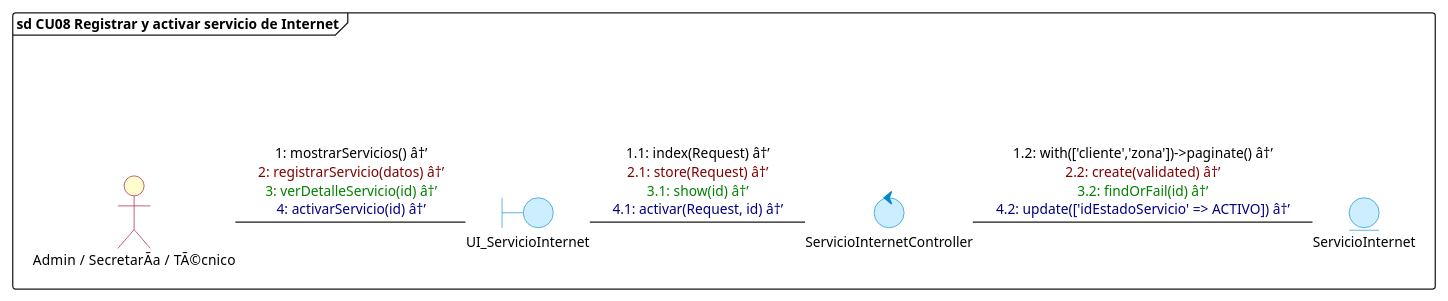
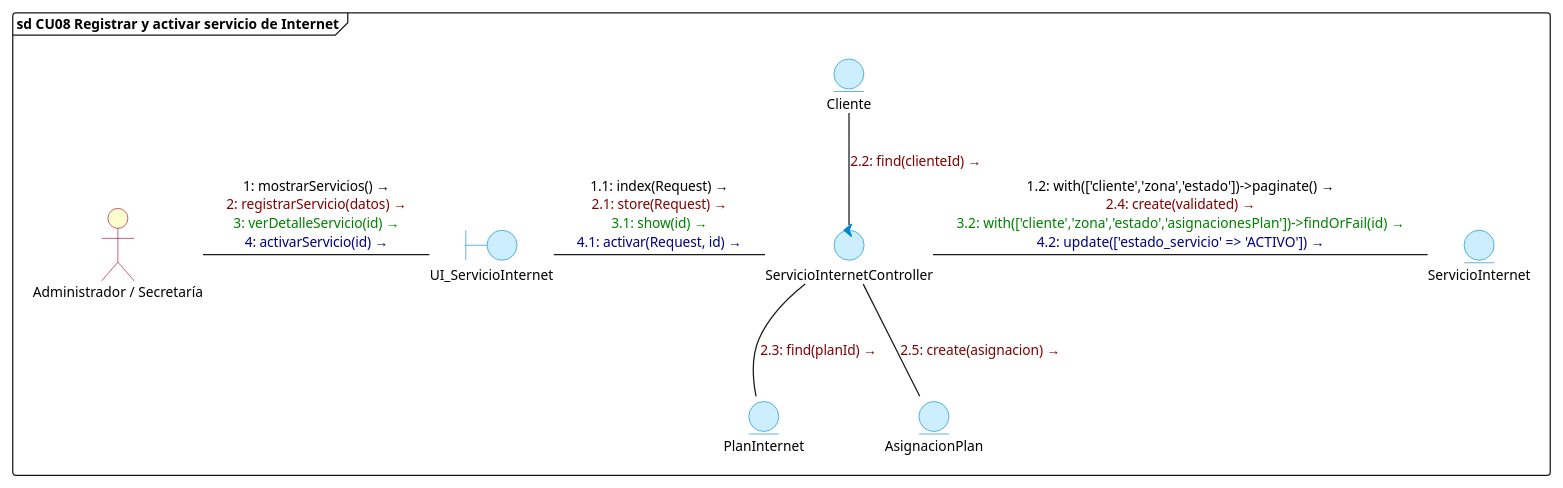
One commit to DiogoMars777/TELCOM-2.0 changed the eighth of 17 diagrams in diagramas/comunicacion/diagramas_comunicacion_todos_cu.puml. Above: the diagram before and after it, drawn with PlantUML. The commit also changed other lines of this file and 16 other files, not shown here.

Commit message:
docs: actualizar diagramas de comunicacion CU01 al CU17 con modelos y tablas canonicas de BD

```diff
--- a/diagramas/comunicacion/diagramas_comunicacion_todos_cu.puml
+++ b/diagramas/comunicacion/diagramas_comunicacion_todos_cu.puml
@@ -230,31 +243,40 @@
 @startuml cu08_registrar_activar_servicio
 skinparam backgroundColor white
 skinparam defaultFontName "Segoe UI"
 skinparam defaultFontSize 11
 skinparam interfaceBackgroundColor transparent
 skinparam interfaceBorderColor transparent
 skinparam actorBackgroundColor #FEFECE
 skinparam actorBorderColor #A80036
 skinparam boundaryBackgroundColor #CCEEFF
 skinparam boundaryBorderColor #0088CC
 skinparam controlBackgroundColor #CCEEFF
 skinparam controlBorderColor #0088CC
 skinparam entityBackgroundColor #CCEEFF
 skinparam entityBorderColor #0088CC
 
 frame "sd CU08 Registrar y activar servicio de Internet" {
     () " " as spacer
-    actor "Admin / SecretarÃ­a / TÃ©cnico" as Admin
+    actor "Administrador / Secretaría" as Admin
     boundary UI_ServicioInternet
     control ServicioInternetController
     entity ServicioInternet
+    entity Cliente
+    entity PlanInternet
+    entity AsignacionPlan
 
     spacer -[hidden]down- Admin
 
-    Admin -right- UI_ServicioInternet : <font color=#000000>1: mostrarServicios() â†’</font>\n<font color=#800000>2: registrarServicio(datos) â†’</font>\n<font color=#008000>3: verDetalleServicio(id) â†’</font>\n<font color=#000080>4: activarServicio(id) â†’</font>
+    Admin -right- UI_ServicioInternet : <font color=#000000>1: mostrarServicios() →</font>\n<font color=#800000>2: registrarServicio(datos) →</font>\n<font color=#008000>3: verDetalleServicio(id) →</font>\n<font color=#000080>4: activarServicio(id) →</font>
 
-    UI_ServicioInternet -right- ServicioInternetController : <font color=#000000>1.1: index(Request) â†’</font>\n<font color=#800000>2.1: store(Request) â†’</font>\n<font color=#008000>3.1: show(id) â†’</font>\n<font color=#000080>4.1: activar(Request, id) â†’</font>
+    UI_ServicioInternet -right- ServicioInternetController : <font color=#000000>1.1: index(Request) →</font>\n<font color=#800000>2.1: store(Request) →</font>\n<font color=#008000>3.1: show(id) →</font>\n<font color=#000080>4.1: activar(Request, id) →</font>
 
-    ServicioInternetController -right- ServicioInternet : <font color=#000000>1.2: with(['cliente','zona'])->paginate() â†’</font>\n<font color=#800000>2.2: create(validated) â†’</font>\n<font color=#008000>3.2: findOrFail(id) â†’</font>\n<font color=#000080>4.2: update(['idEstadoServicio' => ACTIVO]) â†’</font>
+    ServicioInternetController -right- ServicioInternet : <font color=#000000>1.2: with(['cliente','zona','estado'])->paginate() →</font>\n<font color=#800000>2.4: create(validated) →</font>\n<font color=#008000>3.2: with(['cliente','zona','estado','asignacionesPlan'])->findOrFail(id) →</font>\n<font color=#000080>4.2: update(['estado_servicio' => 'ACTIVO']) →</font>
+
+    ServicioInternetController -up- Cliente : <font color=#800000>2.2: find(clienteId) →</font>
+
+    ServicioInternetController -down- PlanInternet : <font color=#800000>2.3: find(planId) →</font>
+
+    ServicioInternetController -down- AsignacionPlan : <font color=#800000>2.5: create(asignacion) →</font>
 }
 @enduml
```
